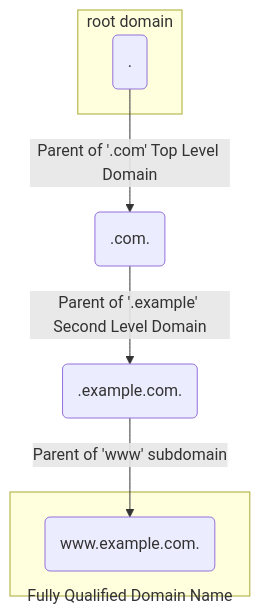
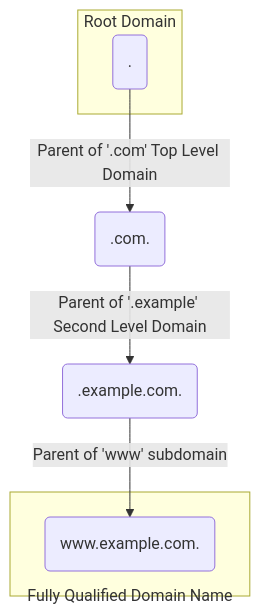
Before and after one commit to underscoremin/underscoremin.github.io: the first of 6 diagrams in _posts/2022-12-01-what-is-DNS.md, drawn with Mermaid. The commit also changed other lines of this file and 2 other files, not shown here.

Commit message:
WIP mermaid styling

```diff
--- a/_posts/2022-12-01-what-is-DNS.md
+++ b/_posts/2022-12-01-what-is-DNS.md
@@ -73,15 +73,15 @@
 <div class="mermaid"> 
 flowchart TD
-    subgraph &nbsp&nbsproot domain&nbsp&nbsp
+    subgraph &nbsp&nbspRoot Domain&nbsp&nbsp
         root(.)
     end
     root -- &nbspParent of '.com' Top Level Domain&nbsp --> com(.com.)
     com -- &nbspParent of '.example' Second Level Domain&nbsp --> example(.example.com.)
     example -- &nbspParent of 'www' subdomain&nbsp --> www(www.example.com.)
     subgraph res [<br><br><br><br><br><br>&nbsp&nbspFully Qualified Domain Name&nbsp&nbsp]
         www
     end
 
     classDef result line-height:1;
     class res result;
 </div>   
```
